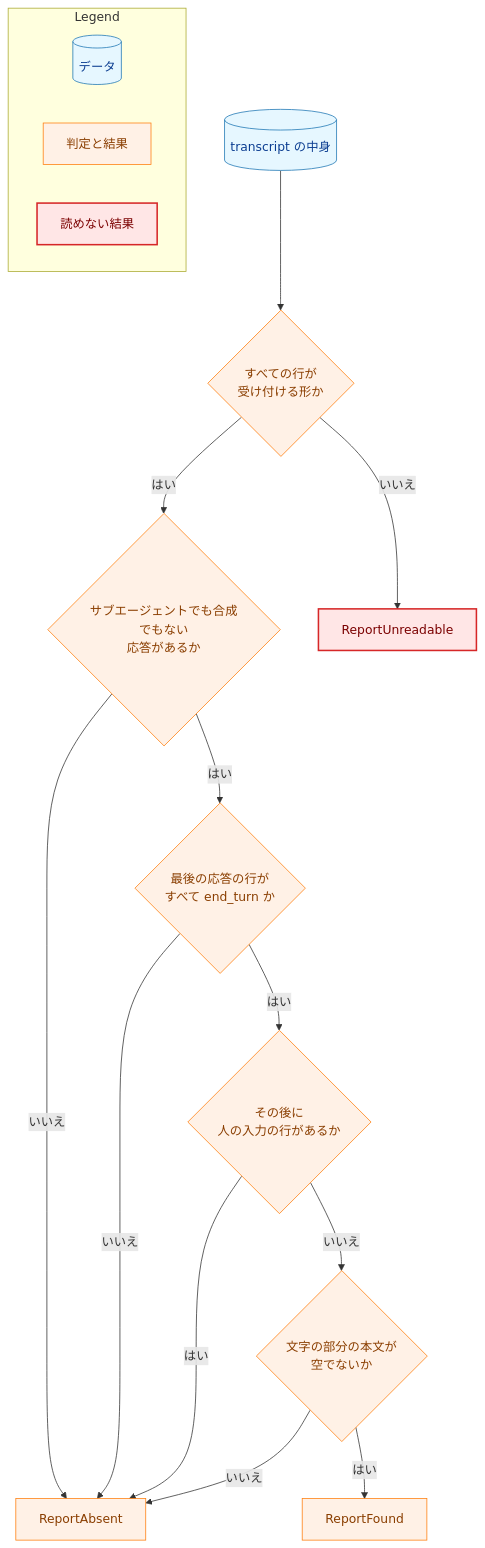
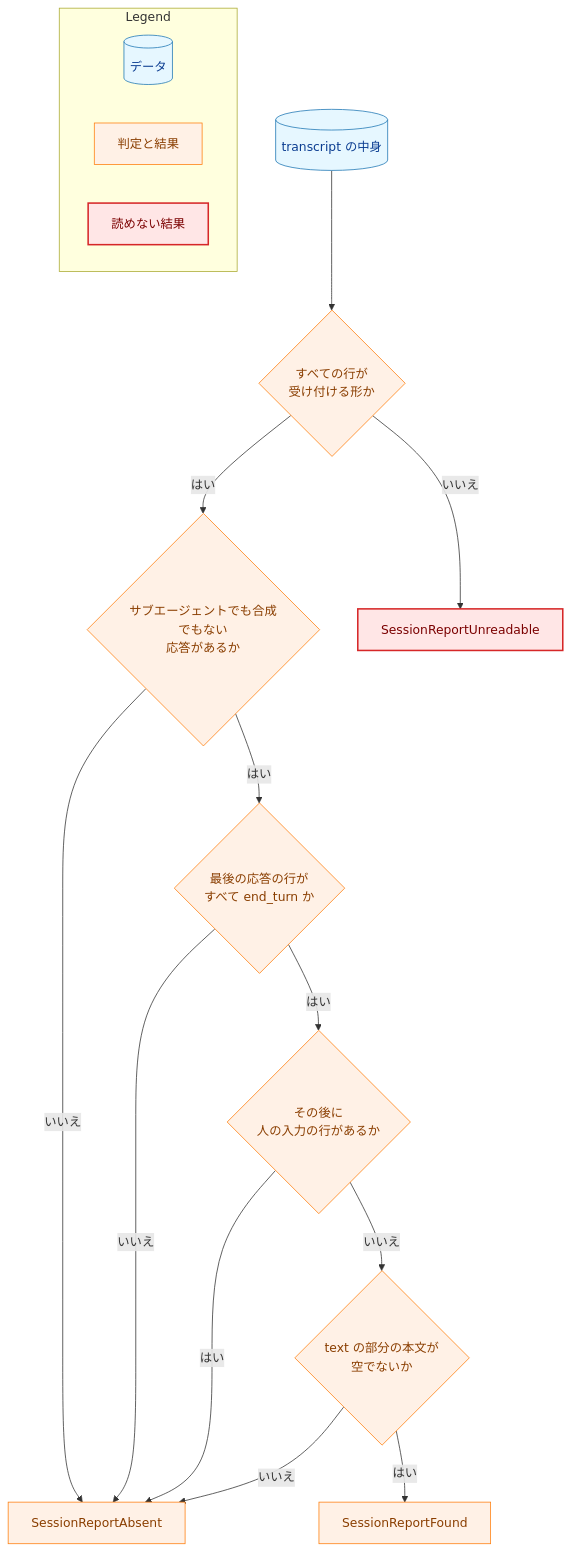
Before and after one commit to isseis/yt2column: the fifth of 8 diagrams in docs/tasks/0095_chief_transcript_report/02_architecture.md, drawn with Mermaid. The commit also changed other lines of this file and 2 other files, not shown here.

````diff
--- a/docs/tasks/0095_chief_transcript_report/02_architecture.md
+++ b/docs/tasks/0095_chief_transcript_report/02_architecture.md
@@ -495,41 +647,41 @@
 ```mermaid
 flowchart TB
     classDef data fill:#e6f7ff,stroke:#1f77b4,stroke-width:1px,color:#0b3d91;
     classDef process fill:#fff1e6,stroke:#ff7f0e,stroke-width:1px,color:#8a3e00;
     classDef problem fill:#ffe6e6,stroke:#d62728,stroke-width:2px,color:#7b0000;
 
     IN[("transcript の中身")]
     SHAPE{"すべての行が<br>受け付ける形か"}
     LAST{"サブエージェントでも合成でもない<br>応答があるか"}
     END{"最後の応答の行が<br>すべて end_turn か"}
     HUMAN{"その後に<br>人の入力の行があるか"}
-    BODY{"文字の部分の本文が<br>空でないか"}
-    FOUND["ReportFound"]
-    ABSENT["ReportAbsent"]
-    BAD["ReportUnreadable"]
+    BODY{"text の部分の本文が<br>空でないか"}
+    FOUND["SessionReportFound"]
+    ABSENT["SessionReportAbsent"]
+    BAD["SessionReportUnreadable"]
 
     IN --> SHAPE
     SHAPE -->|"いいえ"| BAD
     SHAPE -->|"はい"| LAST
     LAST -->|"いいえ"| ABSENT
     LAST -->|"はい"| END
     END -->|"いいえ"| ABSENT
     END -->|"はい"| HUMAN
     HUMAN -->|"はい"| ABSENT
     HUMAN -->|"いいえ"| BODY
     BODY -->|"いいえ"| ABSENT
     BODY -->|"はい"| FOUND
 
     class IN data
     class SHAPE,LAST,END,HUMAN,BODY,FOUND,ABSENT process
     class BAD problem
 
     subgraph Legend["Legend"]
         L1[("データ")]
         L2["判定と結果"]
         L3["読めない結果"]
     end
     class L1 data
     class L2 process
     class L3 problem
 ```
````
